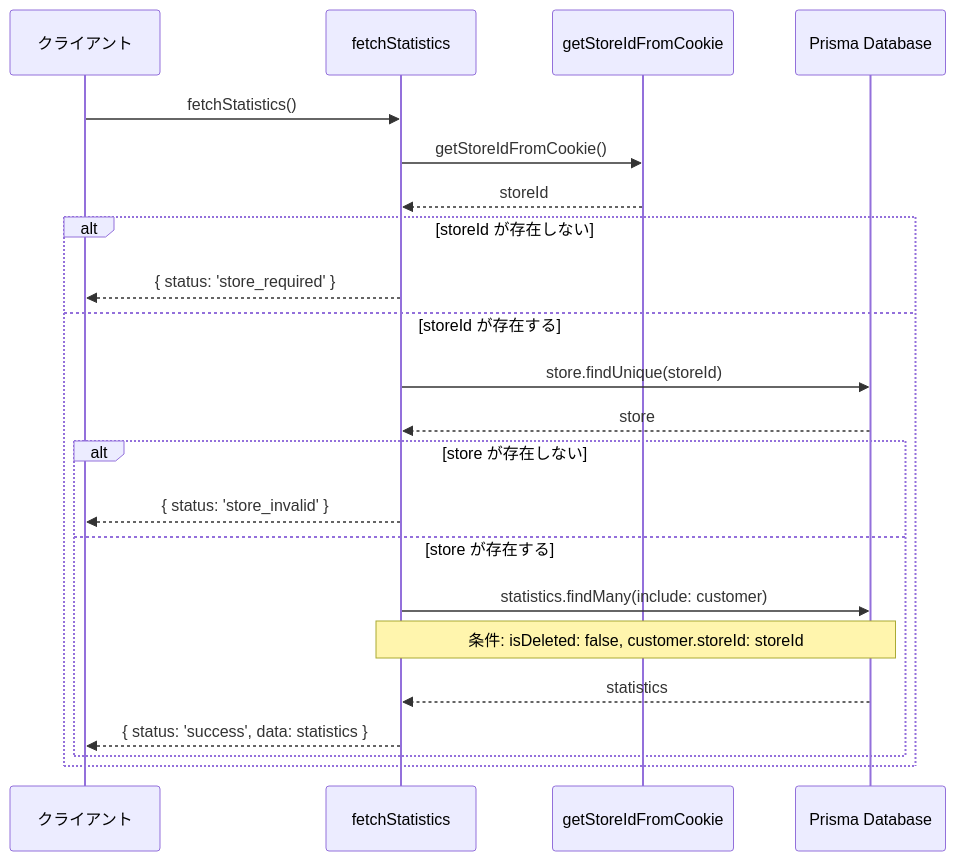
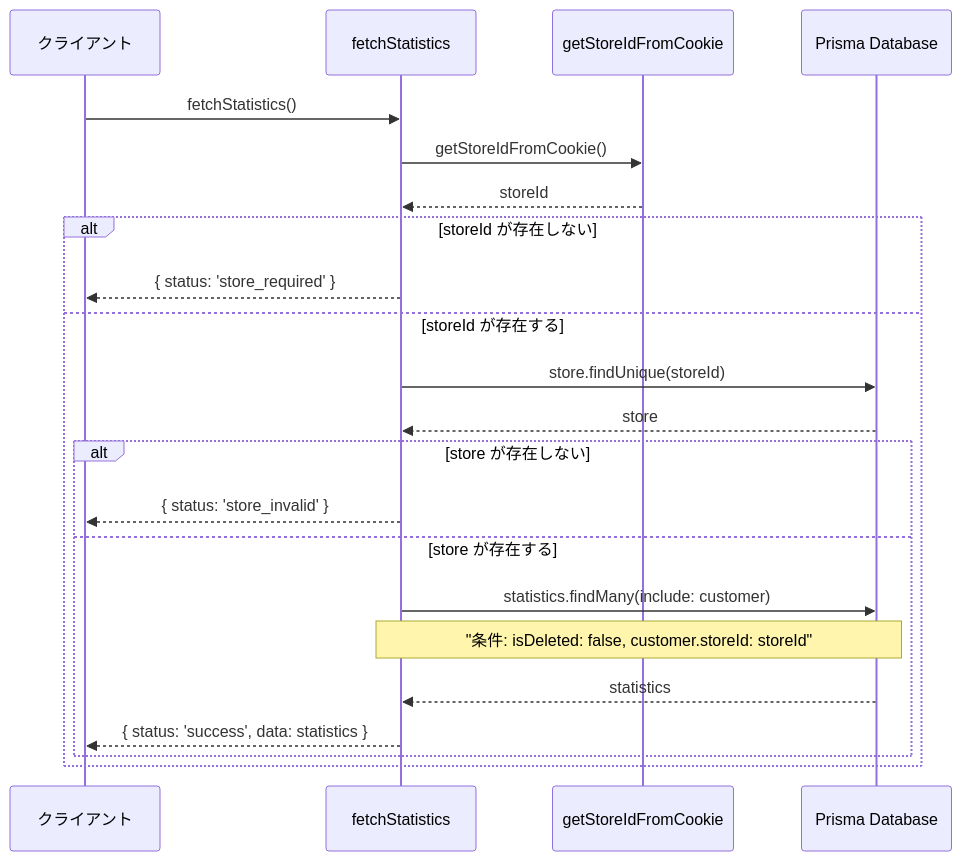
One commit to wasabi49/ocs-systemDevelopmentExercises changed the first of 8 diagrams in document/actions/sequence/statistics.md. Above: the diagram before and after it, drawn with Mermaid. The commit also changed other lines of this file and 42 other files, not shown here.

First line of the commit message:
fix: mermaidシーケンス図のNote over文でダブルクォーテーション不足を修正

````diff
--- a/document/actions/sequence/statistics.md
+++ b/document/actions/sequence/statistics.md
@@ -8,27 +8,27 @@
 ```mermaid
 sequenceDiagram
     participant Client as クライアント
     participant Action as fetchStatistics
     participant Store as getStoreIdFromCookie
     participant DB as Prisma Database
 
     Client->>Action: fetchStatistics()
     Action->>Store: getStoreIdFromCookie()
     Store-->>Action: storeId
     
     alt storeId が存在しない
         Action-->>Client: { status: 'store_required' }
     else storeId が存在する
         Action->>DB: store.findUnique(storeId)
         DB-->>Action: store
         
         alt store が存在しない
             Action-->>Client: { status: 'store_invalid' }
         else store が存在する
             Action->>DB: statistics.findMany(include: customer)
-            Note over Action,DB: 条件: isDeleted: false, customer.storeId: storeId
+            Note over Action,DB: "条件: isDeleted: false, customer.storeId: storeId"
             DB-->>Action: statistics
             Action-->>Client: { status: 'success', data: statistics }
         end
     end
 ```
````
